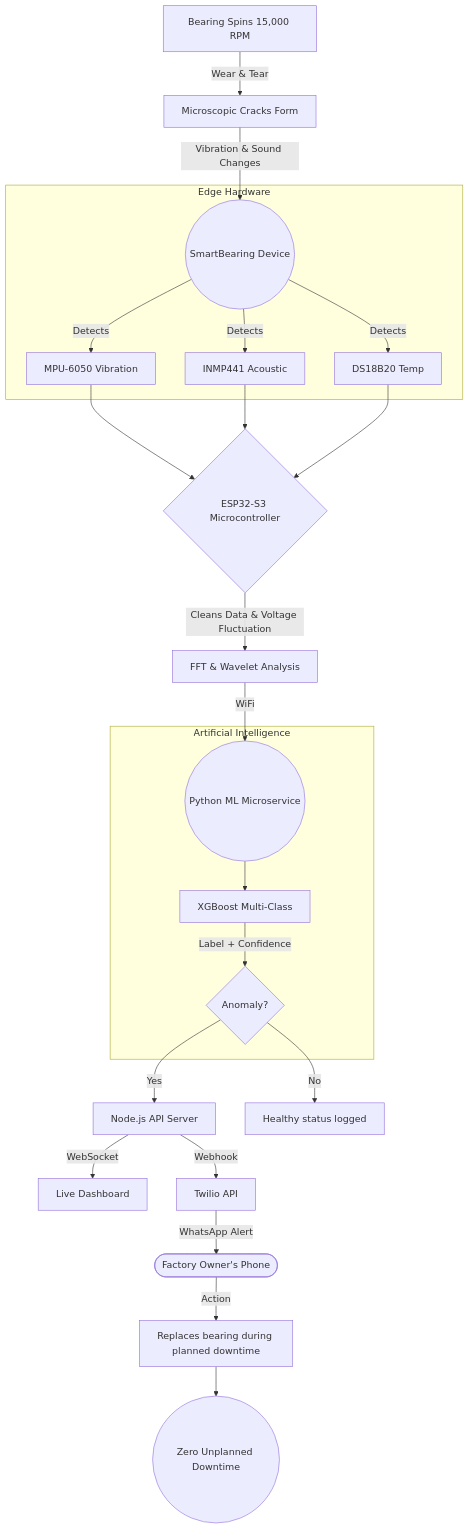
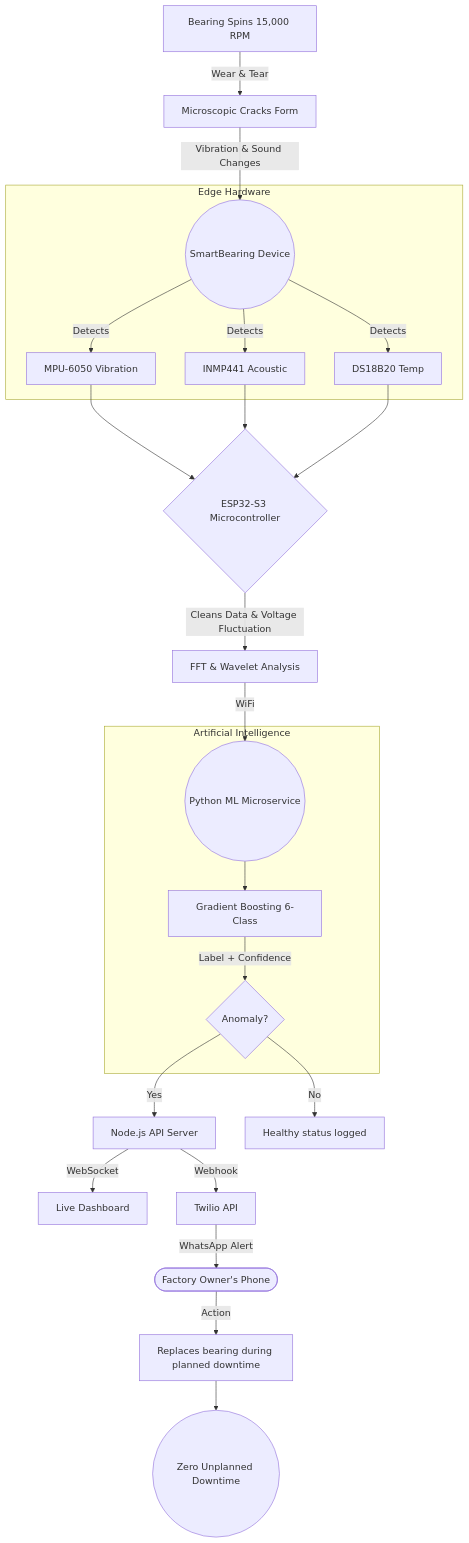
Before and after one commit to Vaishnav-Hub9/hackathon-vibration-monitor: the first of 2 diagrams in README.md, drawn with Mermaid. The commit also changed other lines of this file and 21 other files, not shown here.

````diff
--- a/README.md
+++ b/README.md
@@ -48,29 +49,29 @@
 ```mermaid
 flowchart TD
     A[Bearing Spins 15,000 RPM] -->|Wear & Tear| B[Microscopic Cracks Form]
     B -->|Vibration & Sound Changes| C((SmartBearing Device))
 
     subgraph Edge Hardware
     C -->|Detects| D1[MPU-6050 Vibration]
     C -->|Detects| D2[INMP441 Acoustic]
     C -->|Detects| D3[DS18B20 Temp]
     end
 
     D1 & D2 & D3 --> E{ESP32-S3 Microcontroller}
     E -->|Cleans Data & Voltage Fluctuation| F[FFT & Wavelet Analysis]
 
     F -->|WiFi| G((Python ML Microservice))
     subgraph Artificial Intelligence
-    G --> H[XGBoost Multi-Class]
+    G --> H[Gradient Boosting 6-Class]
     H -->|Label + Confidence| I{Anomaly?}
     end
 
     I -- Yes --> J[Node.js API Server]
     I -- No --> K[Healthy status logged]
 
     J -->|WebSocket| P[Live Dashboard]
     J -->|Webhook| L[Twilio API]
     L -->|WhatsApp Alert| M([Factory Owner's Phone])
     M -->|Action| N[Replaces bearing during planned downtime]
     N --> O((Zero Unplanned Downtime))
 ```
````
